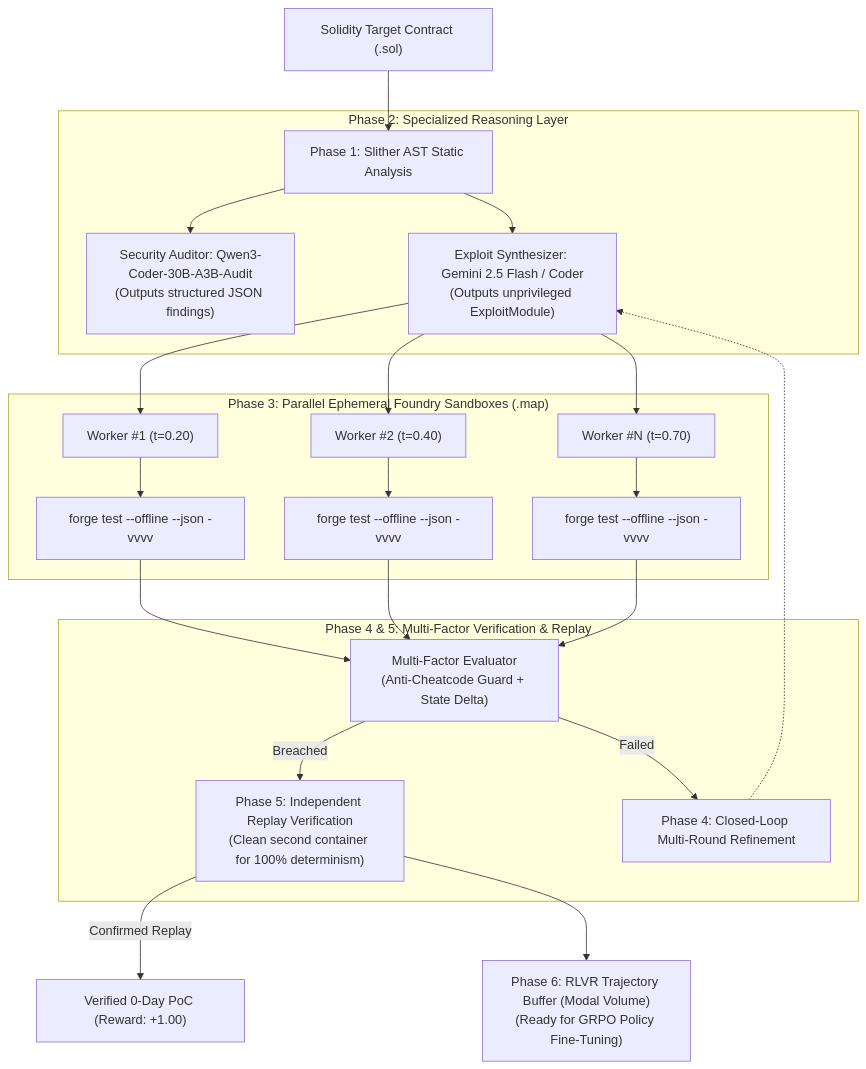
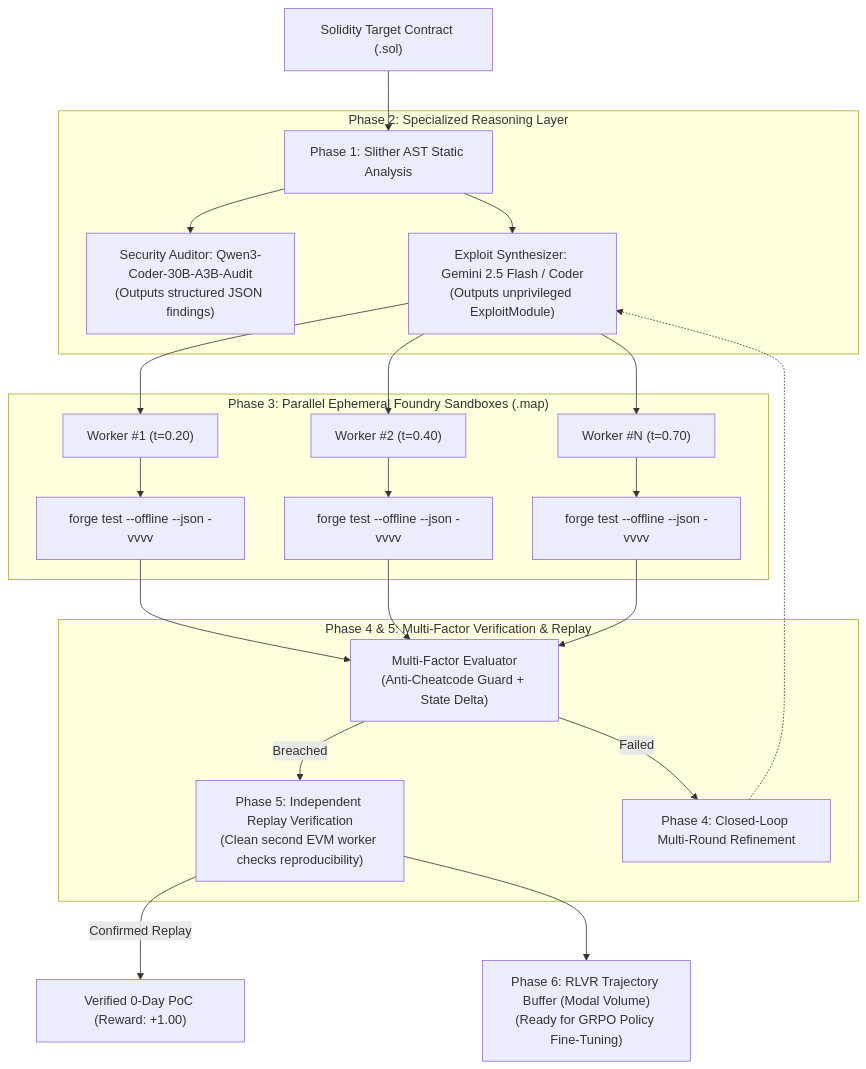
Before and after one commit to NeuBeginner/Agentic-security-RLVR: the diagram in README.md, drawn with Mermaid. The commit also changed 2 other files, not shown here.

Commit message:
docs: describe replay as an empirical reproducibility check

````diff
--- a/README.md
+++ b/README.md
@@ -17,32 +17,32 @@
 ```mermaid
 flowchart TD
     TargetContract["Solidity Target Contract (.sol)"] --> Slither["Phase 1: Slither AST Static Analysis"]
     
     subgraph MultiAgentReasoning["Phase 2: Specialized Reasoning Layer"]
         Slither --> Auditor["Security Auditor: Qwen3-Coder-30B-A3B-Audit<br/>(Outputs structured JSON findings)"]
         Slither --> Generator["Exploit Synthesizer: Gemini 2.5 Flash / Coder<br/>(Outputs unprivileged ExploitModule)"]
     end
     
     subgraph ModalExecution["Phase 3: Parallel Ephemeral Foundry Sandboxes (.map)"]
         Generator --> Box1["Worker #1 (t=0.20)"]
         Generator --> Box2["Worker #2 (t=0.40)"]
         Generator --> BoxN["Worker #N (t=0.70)"]
         
         Box1 --> Forge1["forge test --offline --json -vvvv"]
         Box2 --> Forge2["forge test --offline --json -vvvv"]
         BoxN --> ForgeN["forge test --offline --json -vvvv"]
     end
     
     subgraph VerificationConsensus["Phase 4 & 5: Multi-Factor Verification & Replay"]
         Forge1 --> Evaluator["Multi-Factor Evaluator<br/>(Anti-Cheatcode Guard + State Delta)"]
         Forge2 --> Evaluator
         ForgeN --> Evaluator
         
-        Evaluator -->|Breached| Replay["Phase 5: Independent Replay Verification<br/>(Clean second container for 100% determinism)"]
+        Evaluator -->|Breached| Replay["Phase 5: Independent Replay Verification<br/>(Clean second EVM worker checks reproducibility)"]
         Evaluator -->|Failed| Refine["Phase 4: Closed-Loop Multi-Round Refinement"]
         Refine -.-> Generator
     end
     
     Replay -->|Confirmed Replay| PoC["Verified 0-Day PoC (Reward: +1.00)"]
     Replay --> Trajectory["Phase 6: RLVR Trajectory Buffer (Modal Volume)<br/>(Ready for GRPO Policy Fine-Tuning)"]
 ```
````
